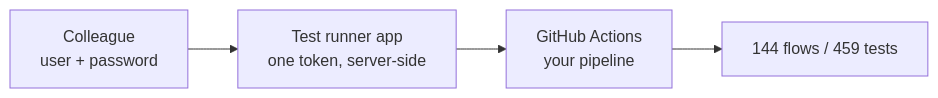
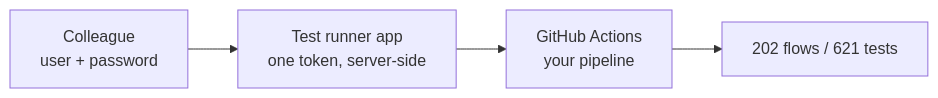
One commit to asaf-1/Agents-Playground changed the diagram in docs/features/test-runner.md. Above: the diagram before and after it, drawn with Mermaid. The commit also changed other lines of this file and 50 other files, not shown here.

````diff
--- a/docs/features/test-runner.md
+++ b/docs/features/test-runner.md
@@ -21,6 +21,6 @@
 ```mermaid
 flowchart LR
   colleague["Colleague<br/>user + password"] --> runner["Test runner app<br/>one token, server-side"]
   runner --> gha["GitHub Actions<br/>your pipeline"]
-  gha --> tests["144 flows / 459 tests"]
+  gha --> tests["202 flows / 621 tests"]
 ```
````
